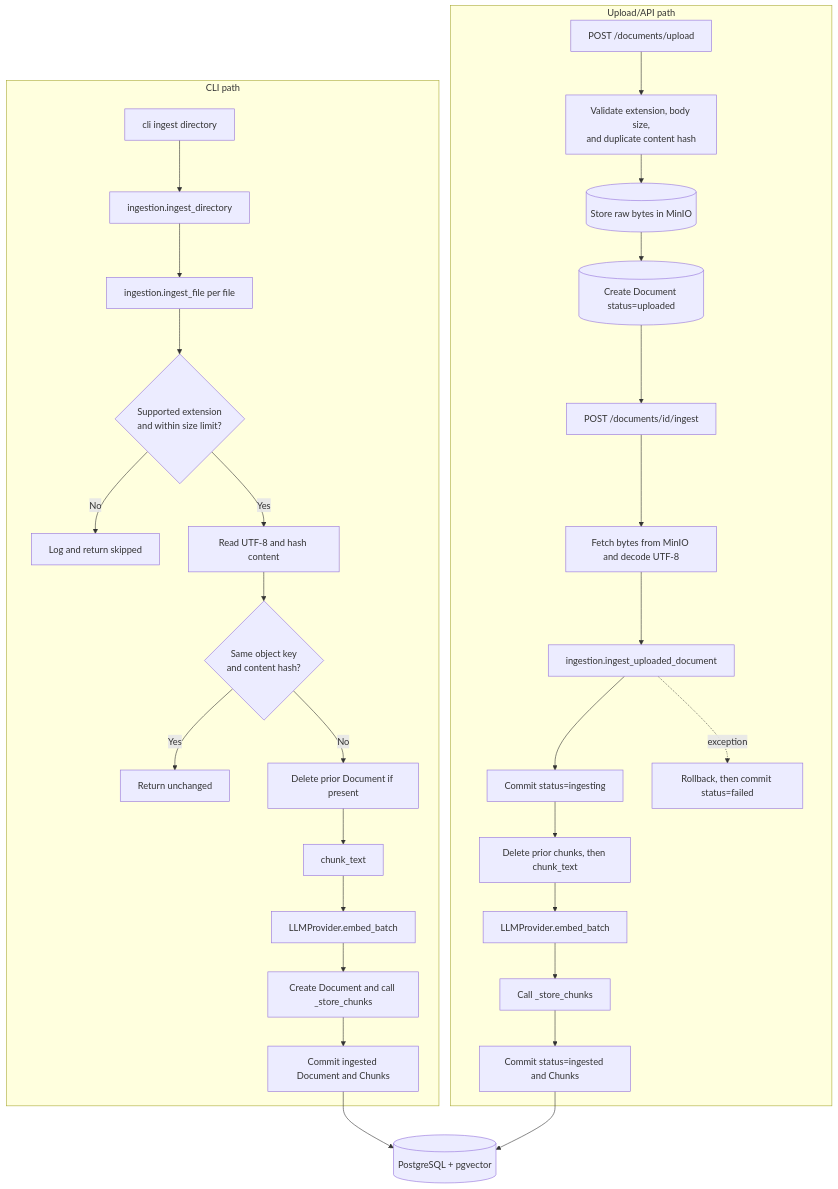
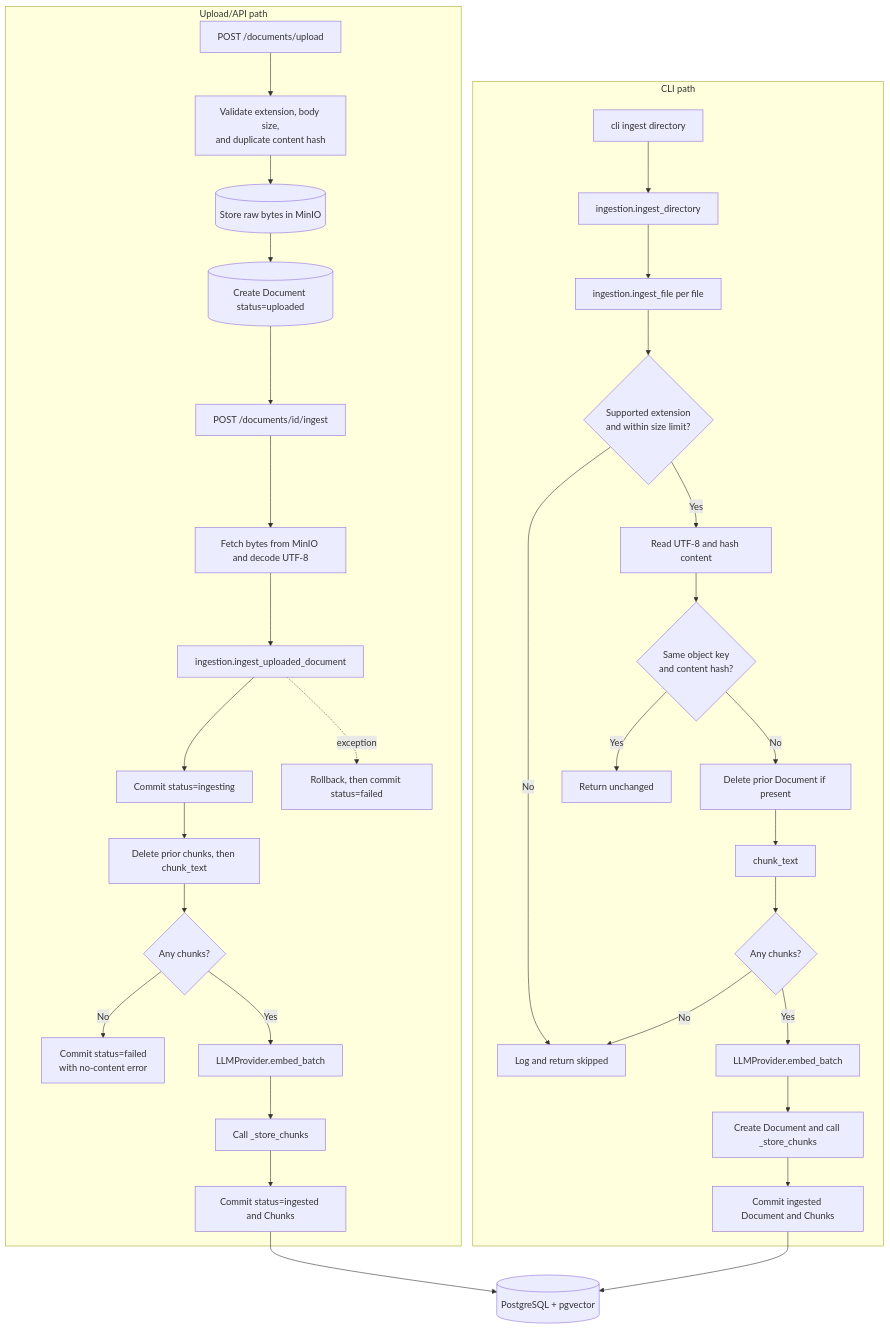
The second of 2 diagrams in docs/architecture.md (Linhsmiler47/enterprise-rag-knowledge-assistant), drawn with Mermaid before and after one commit. The commit also changed 1 other file, not shown here.

Commit message:
docs: clarify stage 1 analysis

````diff
--- a/docs/architecture.md
+++ b/docs/architecture.md
@@ -43,35 +43,39 @@
 ```mermaid
 flowchart TD
     subgraph CLI[CLI path]
         Command[cli ingest directory] --> Directory[ingestion.ingest_directory]
         Directory --> File[ingestion.ingest_file per file]
         File --> FileGuard{Supported extension<br/>and within size limit?}
         FileGuard -- No --> Skip[Log and return skipped]
         FileGuard -- Yes --> Read[Read UTF-8 and hash content]
         Read --> Changed{Same object key<br/>and content hash?}
         Changed -- Yes --> Unchanged[Return unchanged]
         Changed -- No --> Replace[Delete prior Document if present]
         Replace --> CliChunk[chunk_text]
-        CliChunk --> CliEmbed[LLMProvider.embed_batch]
+        CliChunk --> CliHasChunks{Any chunks?}
+        CliHasChunks -- No --> Skip
+        CliHasChunks -- Yes --> CliEmbed[LLMProvider.embed_batch]
         CliEmbed --> CliStore[Create Document and call _store_chunks]
         CliStore --> CliCommit[Commit ingested Document and Chunks]
     end
 
     subgraph Upload[Upload/API path]
         UploadRequest[POST /documents/upload] --> UploadGuard[Validate extension, body size,<br/>and duplicate content hash]
         UploadGuard --> Raw[(Store raw bytes in MinIO)]
         Raw --> Uploaded[(Create Document status=uploaded)]
         Uploaded --> Trigger[POST /documents/id/ingest]
         Trigger --> Fetch[Fetch bytes from MinIO and decode UTF-8]
         Fetch --> IngestUpload[ingestion.ingest_uploaded_document]
         IngestUpload --> Ingesting[Commit status=ingesting]
         Ingesting --> UploadChunk[Delete prior chunks, then chunk_text]
-        UploadChunk --> UploadEmbed[LLMProvider.embed_batch]
+        UploadChunk --> UploadHasChunks{Any chunks?}
+        UploadHasChunks -- No --> NoContentFailed[Commit status=failed<br/>with no-content error]
+        UploadHasChunks -- Yes --> UploadEmbed[LLMProvider.embed_batch]
         UploadEmbed --> UploadStore[Call _store_chunks]
         UploadStore --> UploadCommit[Commit status=ingested and Chunks]
         IngestUpload -. exception .-> Failed[Rollback, then commit status=failed]
     end
 
     CliCommit --> Database[(PostgreSQL + pgvector)]
     UploadCommit --> Database
 ```
````
